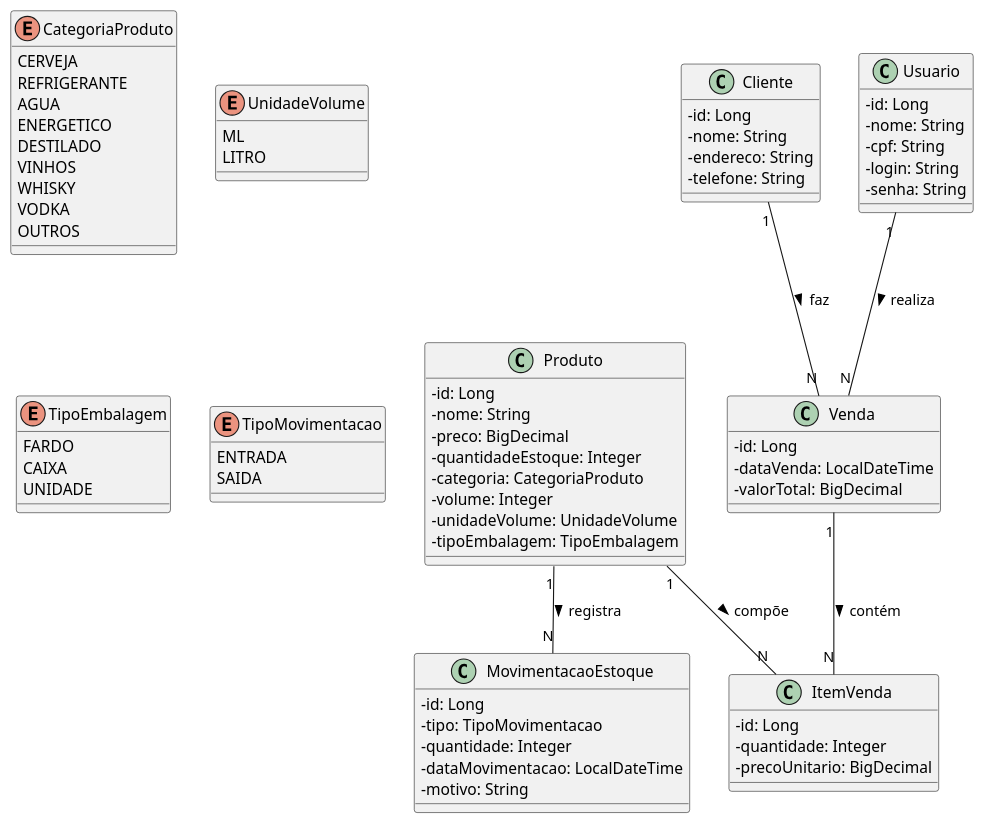
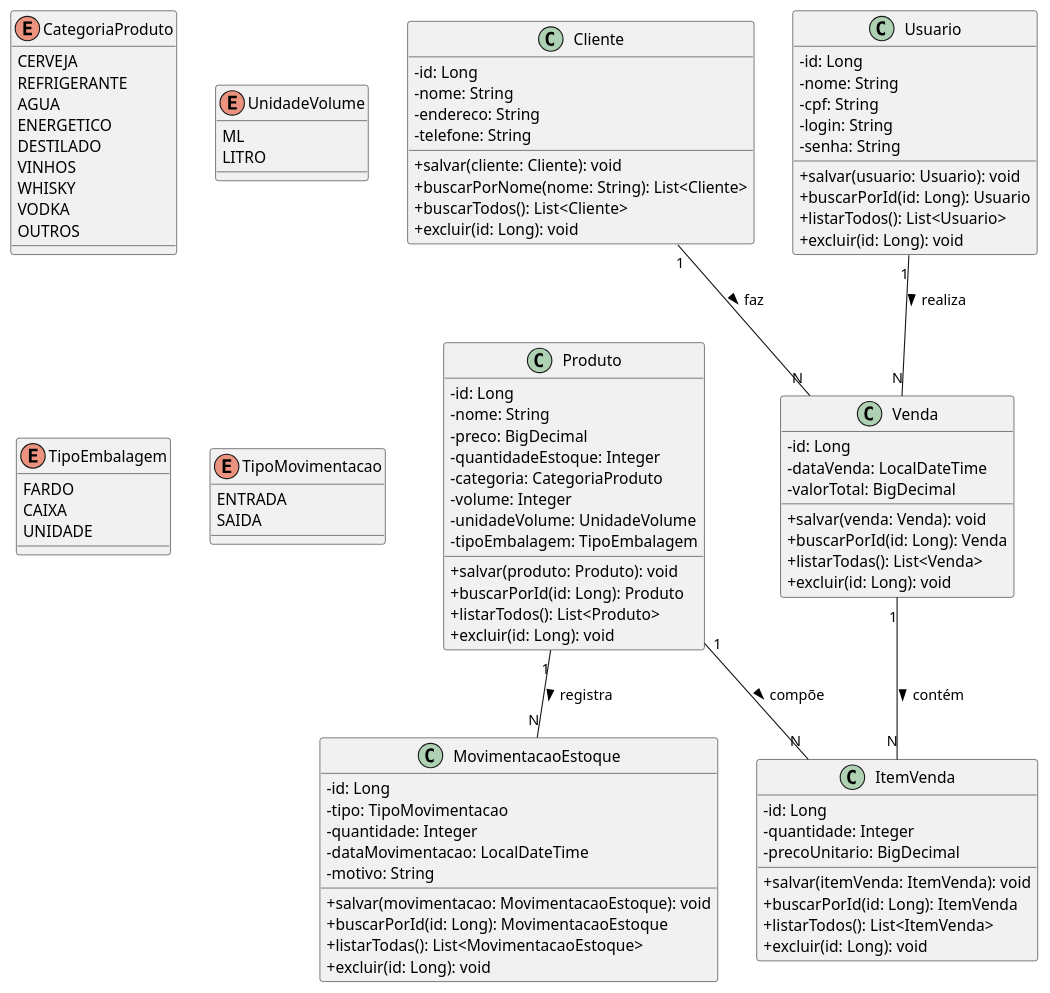
One commit to neyadrian/geladao-bebidas changed the diagram in app/diagrama.plantuml. Above: the diagram before and after it, drawn with PlantUML. The commit also changed 1 other file, not shown here.

Commit message:
Criando e Finalizando UsuarioService

```diff
--- a/app/diagrama.plantuml
+++ b/app/diagrama.plantuml
@@ -1,84 +1,96 @@
 @startuml
 skinparam classAttributeIconSize 0
-
 class Produto {
   - id: Long
   - nome: String
   - preco: BigDecimal
   - quantidadeEstoque: Integer
   - categoria: CategoriaProduto
   - volume: Integer
   - unidadeVolume: UnidadeVolume
   - tipoEmbalagem: TipoEmbalagem
+  + salvar(produto: Produto): void
+  + buscarPorId(id: Long): Produto
+  + listarTodos(): List<Produto>
+  + excluir(id: Long): void
 }
-
 class Cliente {
   - id: Long
   - nome: String
   - endereco: String
   - telefone: String
+  + salvar(cliente: Cliente): void
+  + buscarPorNome(nome: String): List<Cliente>
+  + buscarTodos(): List<Cliente>
+  + excluir(id: Long): void
 }
-
 class Usuario {
   - id: Long
   - nome: String
   - cpf: String
   - login: String
   - senha: String
+  + salvar(usuario: Usuario): void
+  + buscarPorId(id: Long): Usuario
+  + listarTodos(): List<Usuario>
+  + excluir(id: Long): void
 }
-
 class Venda {
   - id: Long
   - dataVenda: LocalDateTime
   - valorTotal: BigDecimal
+  + salvar(venda: Venda): void
+  + buscarPorId(id: Long): Venda
+  + listarTodas(): List<Venda>
+  + excluir(id: Long): void
 }
-
 class ItemVenda {
   - id: Long
   - quantidade: Integer
   - precoUnitario: BigDecimal
+  + salvar(itemVenda: ItemVenda): void
+  + buscarPorId(id: Long): ItemVenda
+  + listarTodos(): List<ItemVenda>
+  + excluir(id: Long): void
 }
-
 class MovimentacaoEstoque {
   - id: Long
   - tipo: TipoMovimentacao
   - quantidade: Integer
   - dataMovimentacao: LocalDateTime
   - motivo: String
+  + salvar(movimentacao: MovimentacaoEstoque): void
+  + buscarPorId(id: Long): MovimentacaoEstoque
+  + listarTodas(): List<MovimentacaoEstoque>
+  + excluir(id: Long): void
 }
-
 enum CategoriaProduto {
   CERVEJA
   REFRIGERANTE
   AGUA
   ENERGETICO
   DESTILADO
   VINHOS
   WHISKY
   VODKA
   OUTROS
 }
-
 enum UnidadeVolume {
   ML
   LITRO
 }
-
 enum TipoEmbalagem {
   FARDO
   CAIXA
   UNIDADE
 }
-
 enum TipoMovimentacao {
   ENTRADA
   SAIDA
 }
-
 Cliente "1" -- "N" Venda : faz >
 Usuario "1" -- "N" Venda : realiza >
 Venda "1" -- "N" ItemVenda : contém >
 Produto "1" -- "N" ItemVenda : compõe >
 Produto "1" -- "N" MovimentacaoEstoque : registra >
-
 @enduml
```
